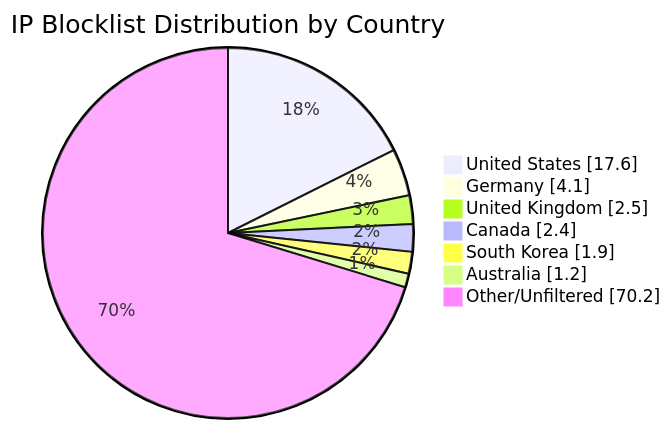
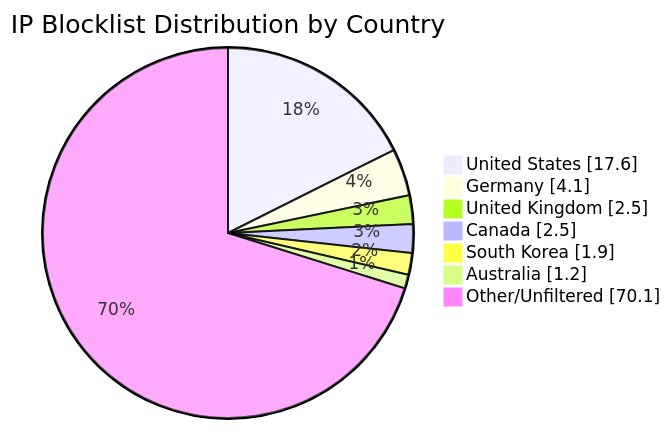
One commit to MarcusHoltz/ipblocklist-geofiltered-aggregator changed the diagram in README.md. Above: the diagram before and after it, drawn with Mermaid. The commit also changed other lines of this file and 9 other files, not shown here.

````diff
--- a/README.md
+++ b/README.md
@@ -34,10 +34,10 @@
 ```mermaid
 pie showData title IP Blocklist Distribution by Country
 "United States" : 17.6
 "Germany" : 4.1
 "United Kingdom" : 2.5
-"Canada" : 2.4
+"Canada" : 2.5
 "South Korea" : 1.9
 "Australia" : 1.2
-"Other/Unfiltered" : 70.2
+"Other/Unfiltered" : 70.1
 ```
````
